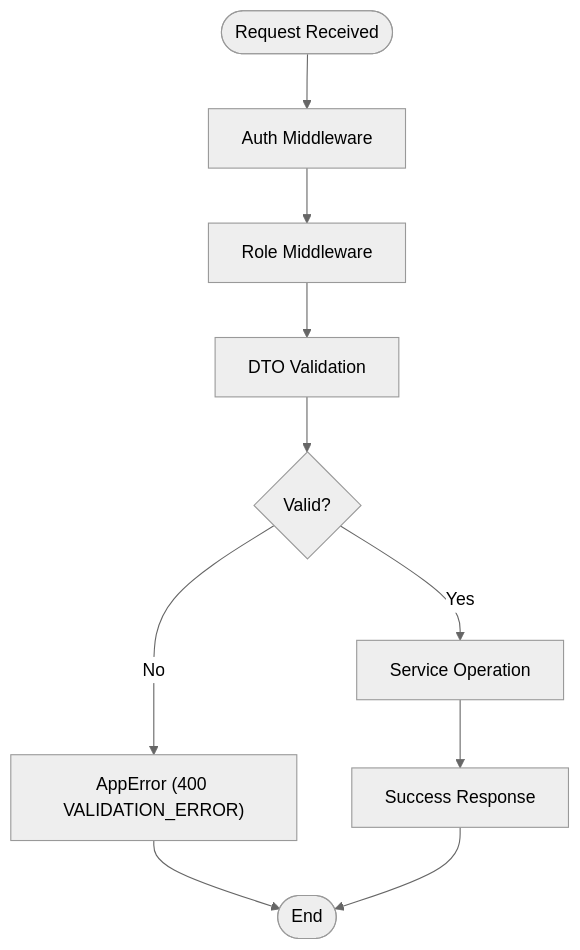
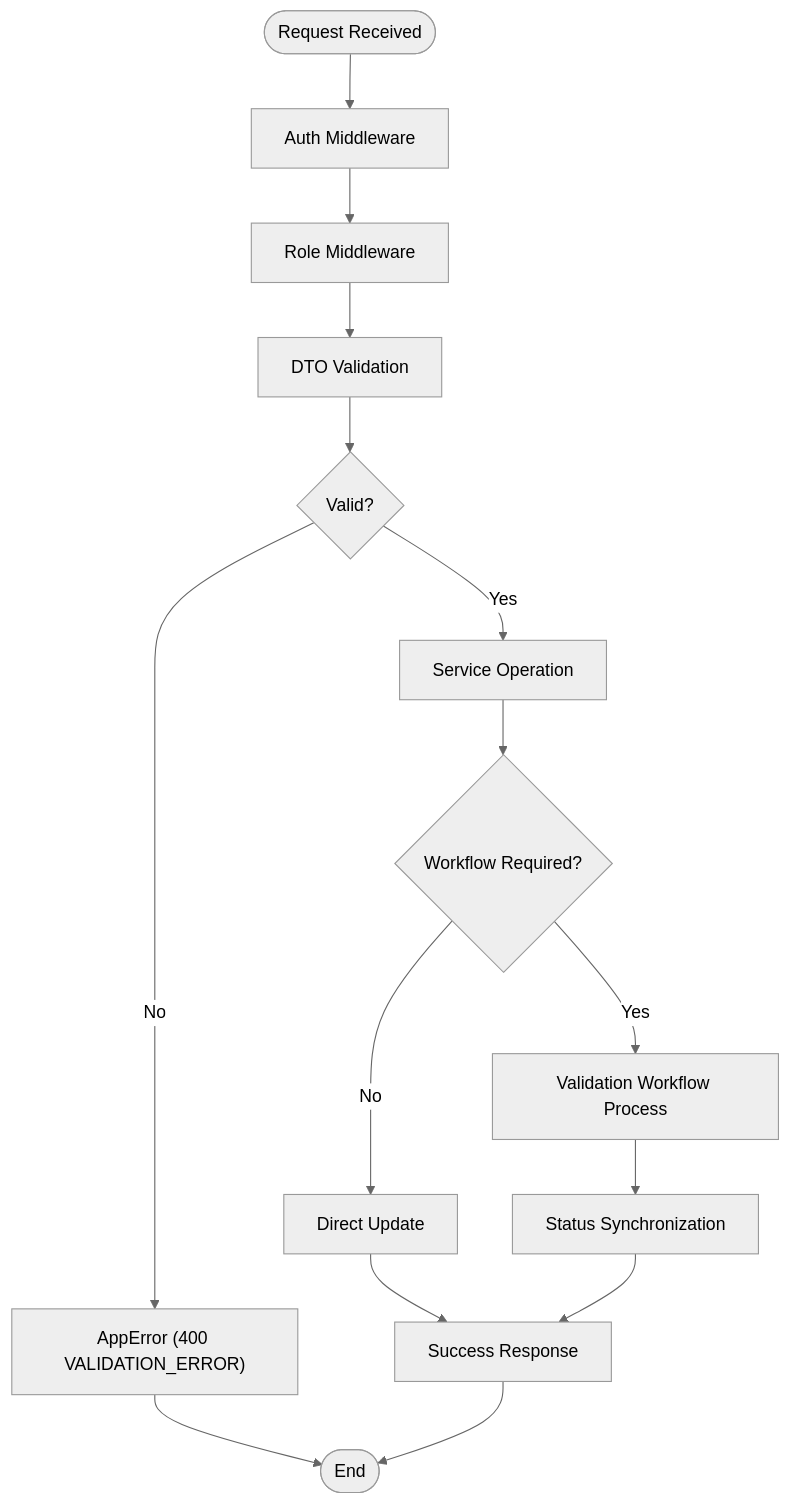
Before and after one commit to franckylab/eLISAschool: the seventh of 8 diagrams in .qoder/repowiki/en/content/Backend API Documentation/Academic Management API.md, drawn with Mermaid (neutral theme). The commit also changed other lines of this file and 358 other files, not shown here.

First line of the commit message:
feat(validation): intégrer le système de workflow de validation

````diff
--- a/.qoder/repowiki/en/content/Backend API Documentation/Academic Management API.md
+++ b/.qoder/repowiki/en/content/Backend API Documentation/Academic Management API.md
@@ -444,12 +509,17 @@
 ```mermaid
 flowchart TD
 Start(["Request Received"]) --> Auth["Auth Middleware"]
 Auth --> Roles["Role Middleware"]
 Roles --> Validate["DTO Validation"]
 Validate --> Valid{"Valid?"}
 Valid --> |No| Error["AppError (400 VALIDATION_ERROR)"]
 Valid --> |Yes| ServiceCall["Service Operation"]
-ServiceCall --> Success["Success Response"]
+ServiceCall --> WorkflowCheck{"Workflow Required?"}
+WorkflowCheck --> |Yes| WorkflowProcess["Validation Workflow Process"]
+WorkflowCheck --> |No| DirectUpdate["Direct Update"]
+WorkflowProcess --> StatusSync["Status Synchronization"]
+DirectUpdate --> Success["Success Response"]
+StatusSync --> Success
 Error --> End(["End"])
 Success --> End
 ```
````
